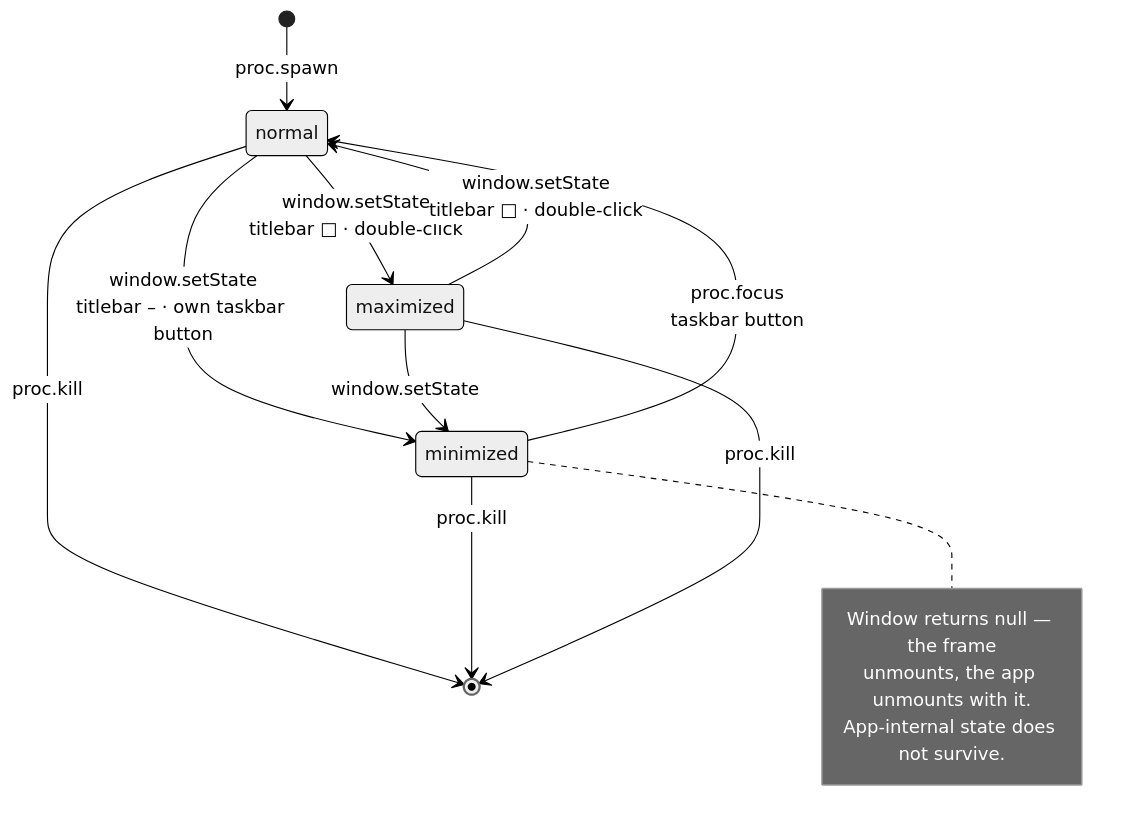
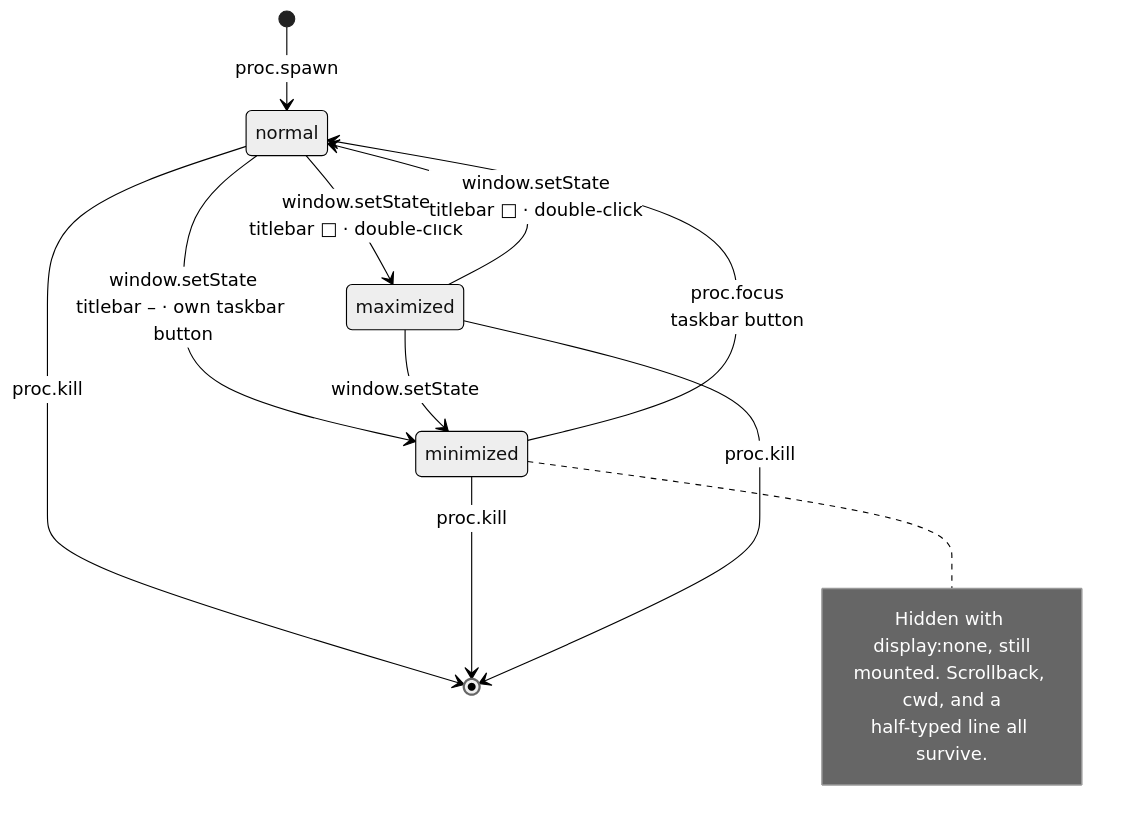
The second of 6 diagrams in docs/architecture.md (ijohnkojo/portfolio), drawn with Mermaid (neutral theme) before and after one commit. The commit also changed other lines of this file and 22 other files, not shown here.

````diff
--- a/docs/architecture.md
+++ b/docs/architecture.md
@@ -120,18 +120,18 @@
 ```mermaid
 stateDiagram-v2
     [*] --> normal: proc.spawn
     normal --> minimized: window.setState<br/>titlebar – · own taskbar button
     minimized --> normal: proc.focus<br/>taskbar button
     normal --> maximized: window.setState<br/>titlebar □ · double-click
     maximized --> normal: window.setState<br/>titlebar □ · double-click
     maximized --> minimized: window.setState
     normal --> [*]: proc.kill
     minimized --> [*]: proc.kill
     maximized --> [*]: proc.kill
 
     note right of minimized
-        Window returns null — the frame
-        unmounts, the app unmounts with it.
-        App-internal state does not survive.
+        Hidden with display:none, still
+        mounted. Scrollback, cwd, and a
+        half-typed line all survive.
     end note
 ```
````
